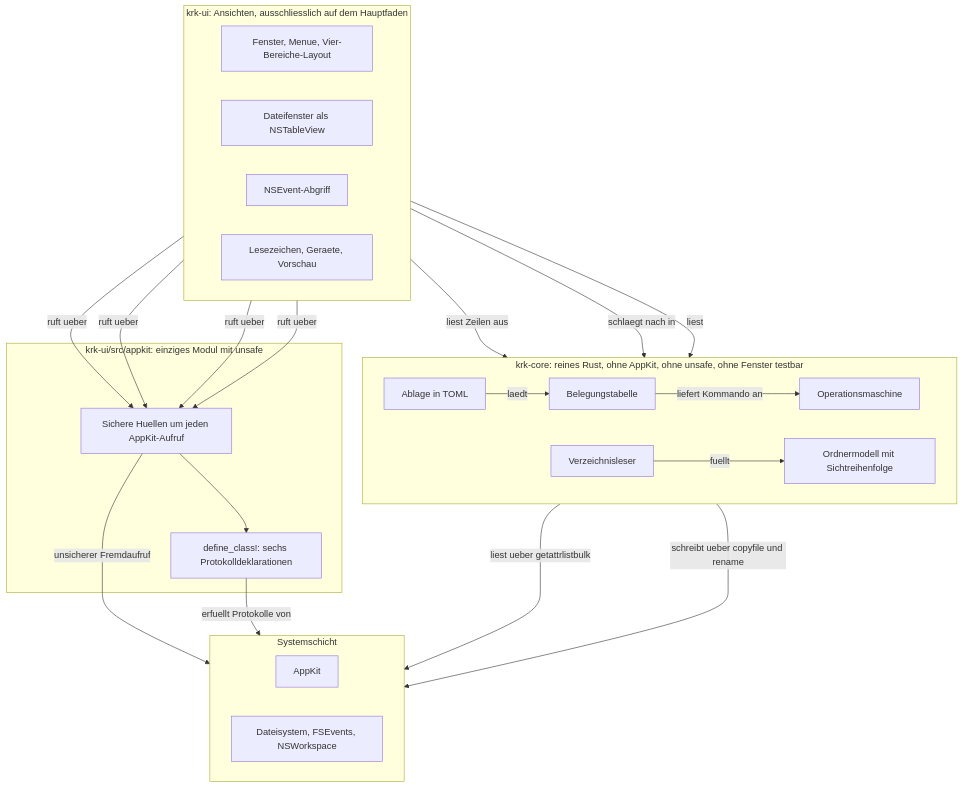
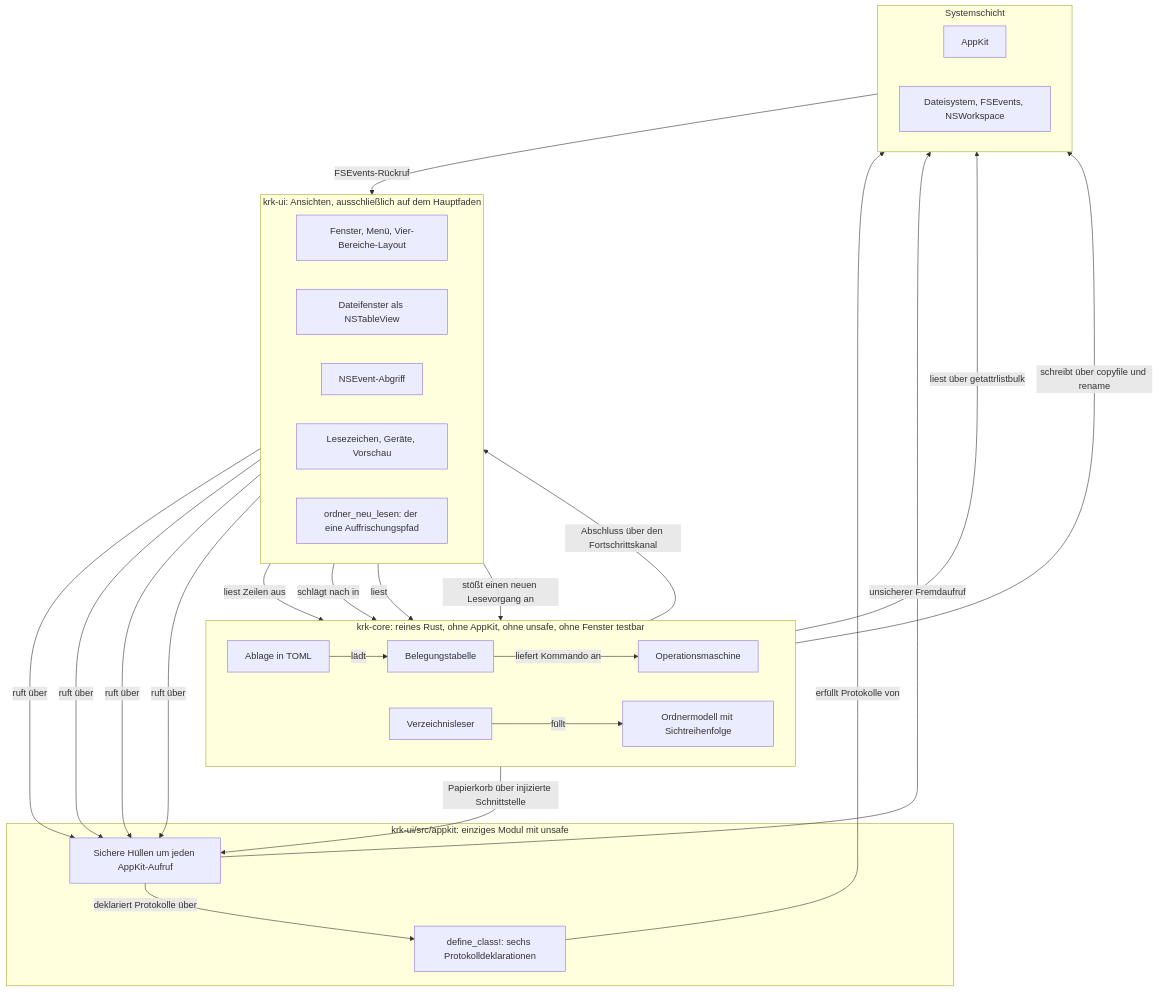
The third of 4 diagrams in fusion-workbench/circles/260802-0842-krk-mac-dateimanager-editor-git/planning/260802-1428_o_plan-navigator-geruest-runde-1.md (tenzoki/krk), drawn with Mermaid before and after one commit. The commit also changed other lines of this file and 5 other files, not shown here.

````diff
--- a/fusion-workbench/circles/260802-0842-krk-mac-dateimanager-editor-git/planning/260802-1428_o_plan-navigator-geruest-runde-1.md
+++ b/fusion-workbench/circles/260802-0842-krk-mac-dateimanager-editor-git/planning/260802-1428_o_plan-navigator-geruest-runde-1.md
@@ -194,43 +199,48 @@
 ```mermaid
 flowchart TD
-  subgraph ui["krk-ui: Ansichten, ausschliesslich auf dem Hauptfaden"]
+  subgraph ui["krk-ui: Ansichten, ausschließlich auf dem Hauptfaden"]
     direction LR
-    APP["Fenster, Menue, Vier-Bereiche-Layout"]
+    APP["Fenster, Menü, Vier-Bereiche-Layout"]
     TBL["Dateifenster als NSTableView"]
     EVT["NSEvent-Abgriff"]
-    SIDE["Lesezeichen, Geraete, Vorschau"]
+    SIDE["Lesezeichen, Geräte, Vorschau"]
+    REFRESH["ordner_neu_lesen: der eine Auffrischungspfad"]
   end
   subgraph bridge["krk-ui/src/appkit: einziges Modul mit unsafe"]
-    WRAP["Sichere Huellen um jeden AppKit-Aufruf"]
+    WRAP["Sichere Hüllen um jeden AppKit-Aufruf"]
     CLS["define_class!: sechs Protokolldeklarationen"]
   end
   subgraph core["krk-core: reines Rust, ohne AppKit, ohne unsafe, ohne Fenster testbar"]
     direction LR
     SCAN["Verzeichnisleser"]
     MODEL["Ordnermodell mit Sichtreihenfolge"]
     KEYS["Belegungstabelle"]
     OPS["Operationsmaschine"]
     CFG["Ablage in TOML"]
   end
   subgraph sys["Systemschicht"]
     direction LR
     AK["AppKit"]
     FS["Dateisystem, FSEvents, NSWorkspace"]
   end
 
-  APP -->|ruft ueber| WRAP
-  TBL -->|ruft ueber| WRAP
-  EVT -->|ruft ueber| WRAP
-  SIDE -->|ruft ueber| WRAP
+  APP -->|ruft über| WRAP
+  TBL -->|ruft über| WRAP
+  EVT -->|ruft über| WRAP
+  SIDE -->|ruft über| WRAP
   TBL -->|liest Zeilen aus| MODEL
-  EVT -->|schlaegt nach in| KEYS
+  EVT -->|schlägt nach in| KEYS
   SIDE -->|liest| CFG
   KEYS -->|liefert Kommando an| OPS
-  WRAP --> CLS
+  WRAP -->|deklariert Protokolle über| CLS
   WRAP -->|unsicherer Fremdaufruf| AK
-  CLS -->|erfuellt Protokolle von| AK
-  SCAN -->|fuellt| MODEL
-  CFG -->|laedt| KEYS
-  SCAN -->|liest ueber getattrlistbulk| FS
-  OPS -->|schreibt ueber copyfile und rename| FS
+  CLS -->|erfüllt Protokolle von| AK
+  SCAN -->|füllt| MODEL
+  CFG -->|lädt| KEYS
+  SCAN -->|liest über getattrlistbulk| FS
+  OPS -->|schreibt über copyfile und rename| FS
+  OPS -->|Papierkorb über injizierte Schnittstelle| WRAP
+  FS -->|FSEvents-Rückruf| REFRESH
+  OPS -->|Abschluss über den Fortschrittskanal| REFRESH
+  REFRESH -->|stößt einen neuen Lesevorgang an| SCAN
 ```
````
